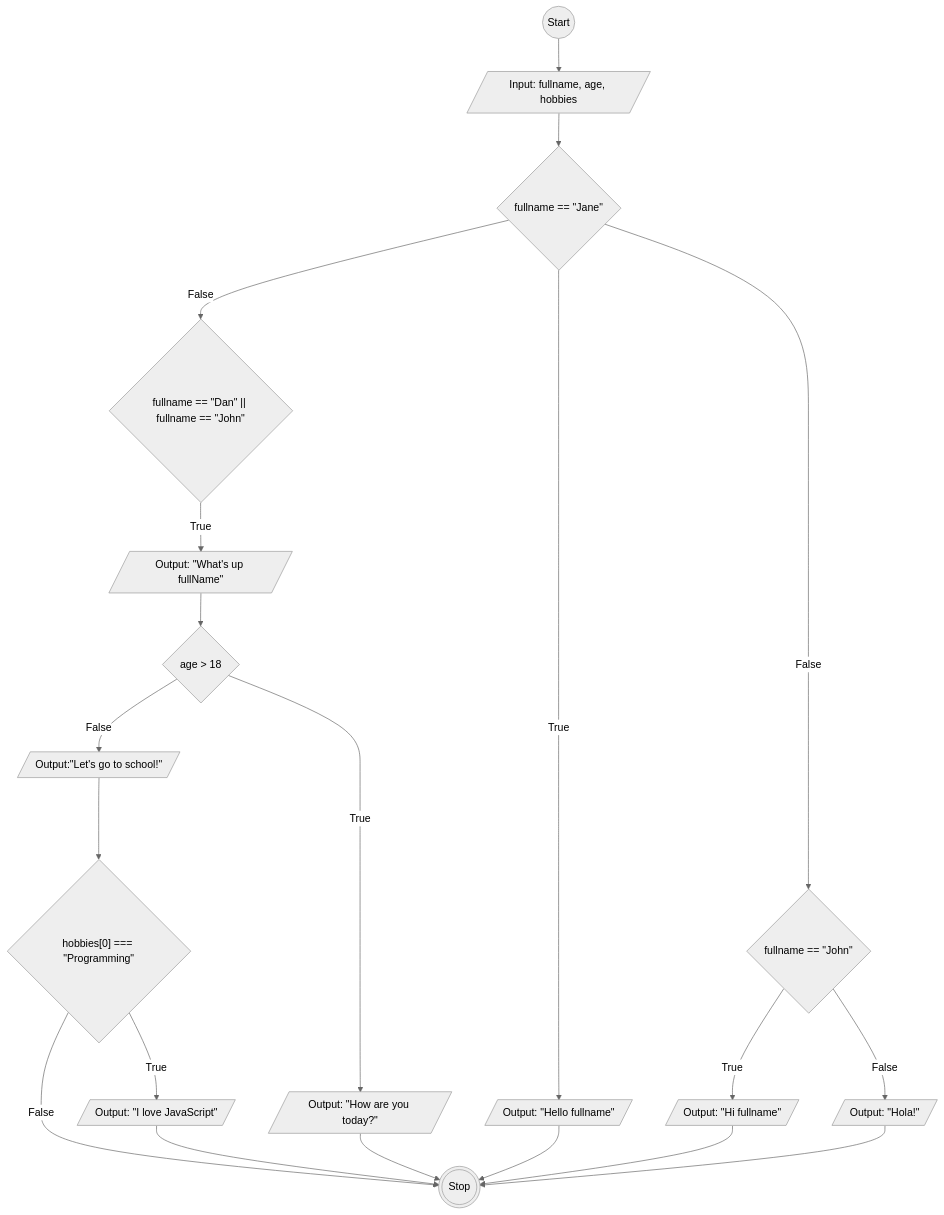
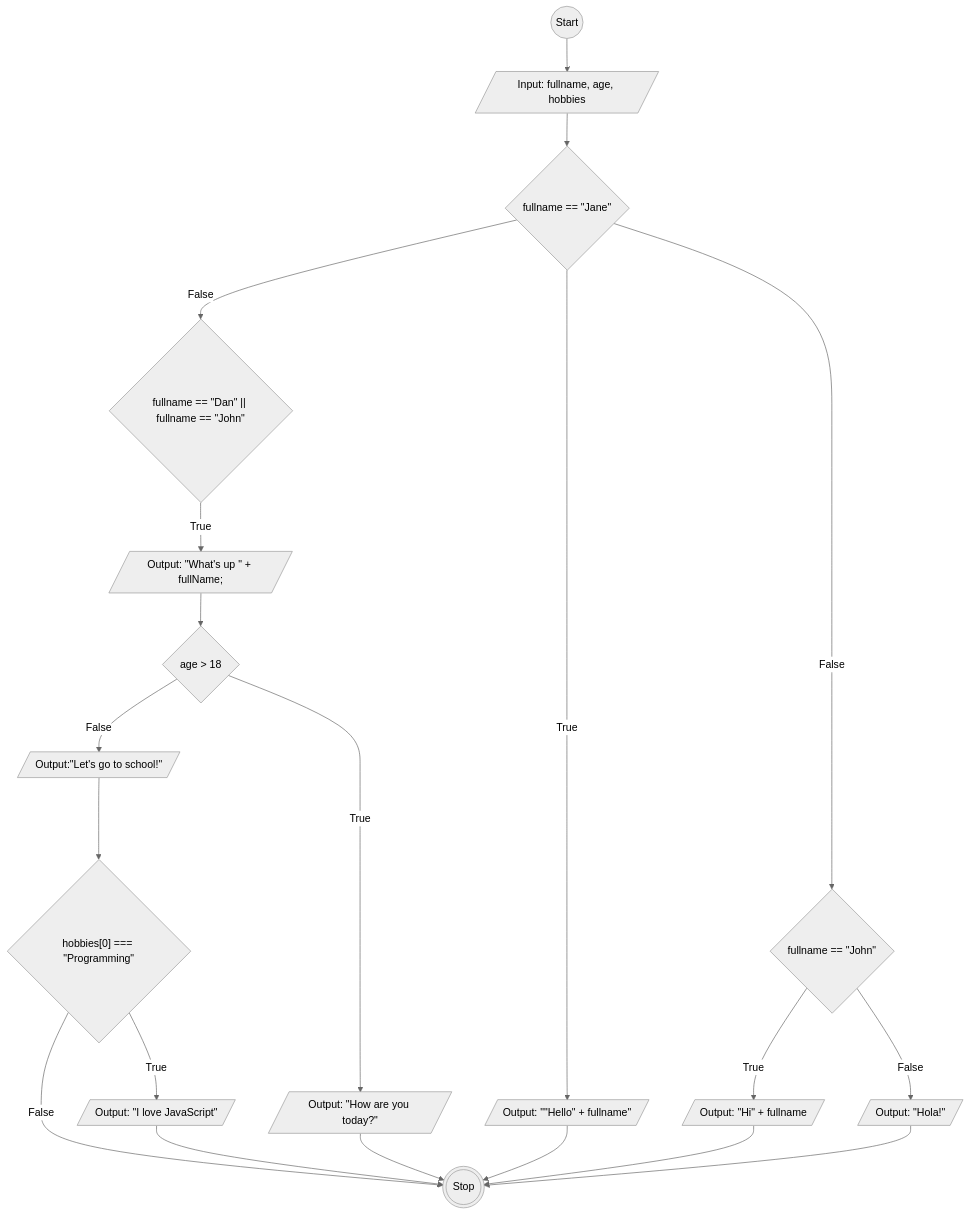
One commit to Vincentius31/koda-b6-javascript1 changed the diagram in Task3.md. Above: the diagram before and after it, drawn with Mermaid (neutral theme).

````diff
--- a/Task3.md
+++ b/Task3.md
@@ -1,38 +1,38 @@
 ```mermaid
 flowchart TD
 idStart((Start))
 idInput[/"Input: fullname, age, hobbies"/]
 idKondisi1{"fullname == #quot;Jane#quot;"}
-idKondisi1True[/Output: "Hello fullname"/]
+idKondisi1True[/Output: "#quot;Hello#quot; + fullname"/]
 idKondisi1False{"fullname == #quot;Dan#quot; || fullname == #quot;John#quot;" }
-idKondisi1FalseJawabTrue[/"Output: #quot;What's up fullName#quot;"/]
+idKondisi1FalseJawabTrue[/"Output: #quot;What's up #quot; + fullName;"/]
 idKondisi1FalseJawabFalse{fullname == #quot;John#quot;}
 idKondisi2{age > 18}
 idKondisi2True[/"Output: #quot;How are you today?#quot;"/]
 idKondisi2False[/"Output:#quot;Let's go to school!#quot;"/]
 idKondisi3{"hobbies[0] === #quot;Programming#quot;"}
 idKondisi3True[/"Output: #quot;I love JavaScript#quot;"/]
 idStop(((Stop)))
-idKondisi4True[/"Output: #quot;Hi fullname#quot;"/]
+idKondisi4True[/"Output: #quot;Hi#quot; + fullname"/]
 idKondisi4False[/Output: #quot;Hola!#quot;/]
 
 
 idStart --> idInput --> idKondisi1
 idKondisi1 -- True --> idKondisi1True
 idKondisi1 -- False --> idKondisi1False
 idKondisi1False -- True --> idKondisi1FalseJawabTrue
 idKondisi1 -- False --> idKondisi1FalseJawabFalse
 idKondisi1FalseJawabFalse -- True --> idKondisi4True
 idKondisi1FalseJawabFalse -- False --> idKondisi4False
 idKondisi1FalseJawabTrue --> idKondisi2
 idKondisi2 -- True --> idKondisi2True
 idKondisi2 -- False --> idKondisi2False
 idKondisi2False ---> idKondisi3
 idKondisi3 -- True --> idKondisi3True
 idKondisi3 -- False --> idStop
 idKondisi3True --> idStop
 idKondisi2True --> idStop
 idKondisi1True --> idStop
 idKondisi4True --> idStop
 idKondisi4False --> idStop
 ```
````
